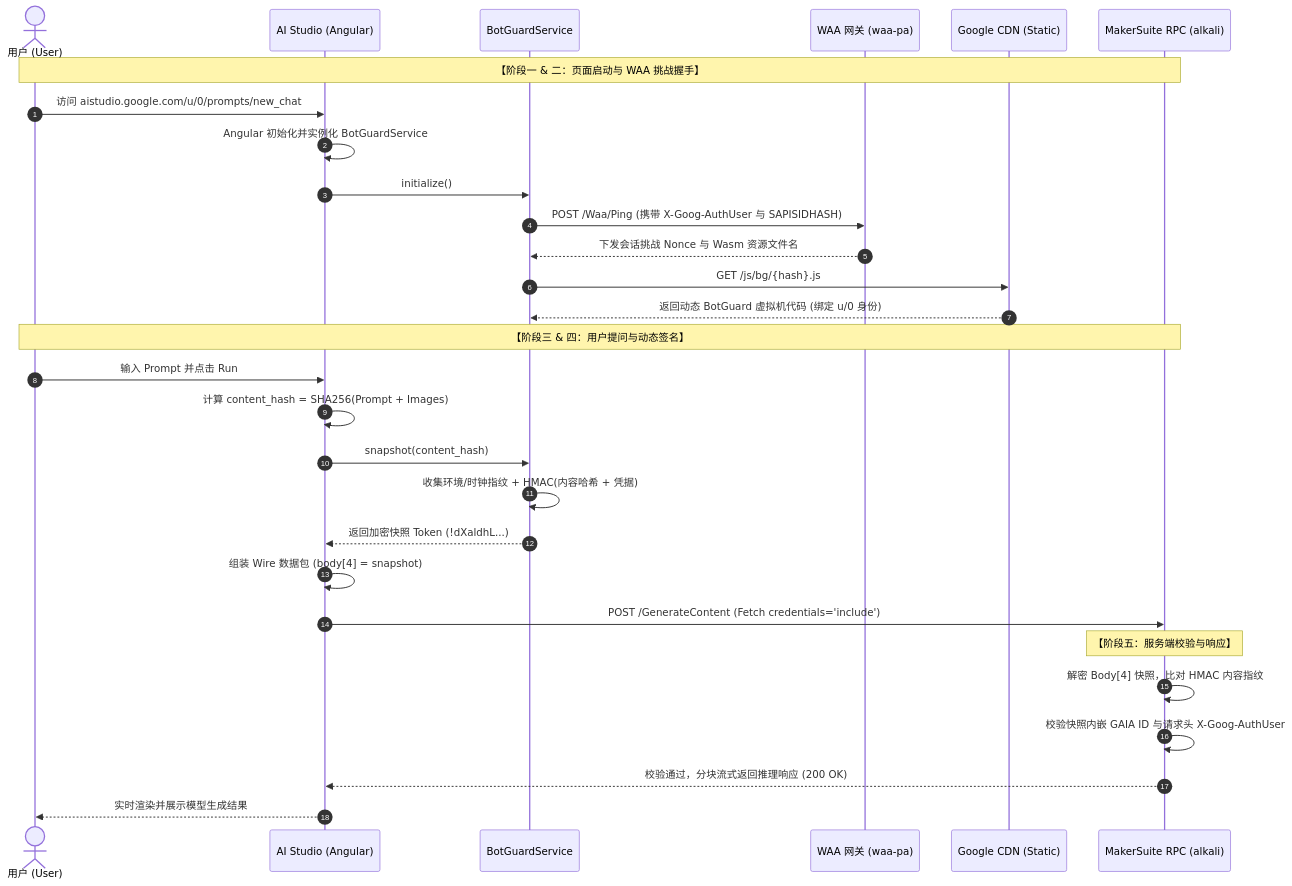
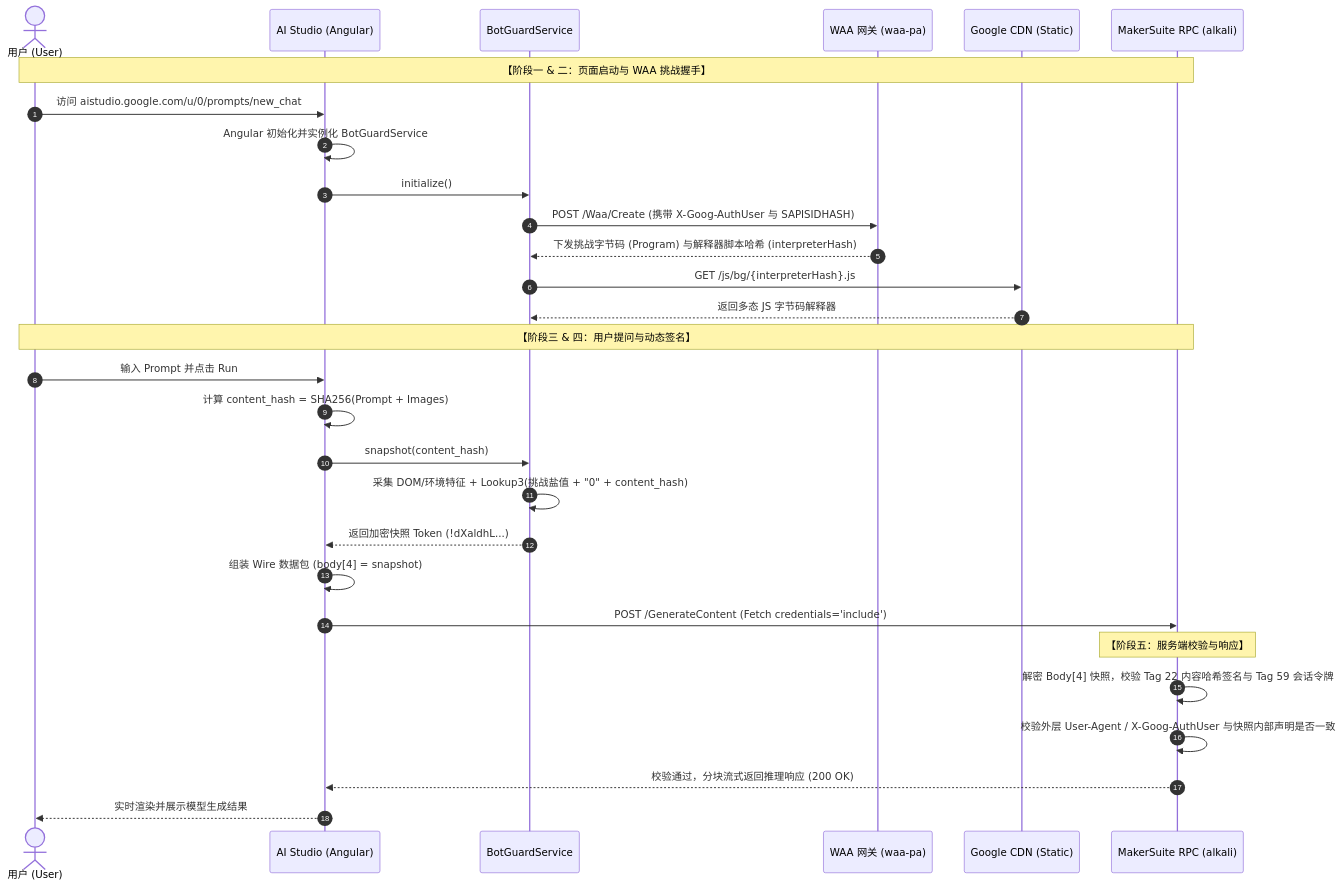
The second of 3 diagrams in docs/BOTGUARD_VERIFICATION_CHAIN.md (DeconstructedCube/aistudio-api), drawn with Mermaid before and after one commit. The commit also changed other lines of this file and 12 other files, not shown here.

Commit message:
feat(waa,gateway): add WAA VM inspector & docs, enhance DOM probes, and fix streaming HTTP 0 error

````diff
--- a/docs/BOTGUARD_VERIFICATION_CHAIN.md
+++ b/docs/BOTGUARD_VERIFICATION_CHAIN.md
@@ -47,33 +47,33 @@
 ```mermaid
 sequenceDiagram
     autonumber
     actor User as 用户 (User)
     participant Browser as AI Studio (Angular)
     participant WaaClient as BotGuardService
     participant WaaServer as WAA 网关 (waa-pa)
     participant StaticCDN as Google CDN (Static)
     participant Gateway as MakerSuite RPC (alkali)
 
     Note over User,Gateway: 【阶段一 & 二：页面启动与 WAA 挑战握手】
     User->>Browser: 访问 aistudio.google.com/u/0/prompts/new_chat
     Browser->>Browser: Angular 初始化并实例化 BotGuardService
     Browser->>WaaClient: initialize()
-    WaaClient->>WaaServer: POST /Waa/Ping (携带 X-Goog-AuthUser 与 SAPISIDHASH)
-    WaaServer-->>WaaClient: 下发会话挑战 Nonce 与 Wasm 资源文件名
-    WaaClient->>StaticCDN: GET /js/bg/{hash}.js
-    StaticCDN-->>WaaClient: 返回动态 BotGuard 虚拟机代码 (绑定 u/0 身份)
+    WaaClient->>WaaServer: POST /Waa/Create (携带 X-Goog-AuthUser 与 SAPISIDHASH)
+    WaaServer-->>WaaClient: 下发挑战字节码 (Program) 与解释器脚本哈希 (interpreterHash)
+    WaaClient->>StaticCDN: GET /js/bg/{interpreterHash}.js
+    StaticCDN-->>WaaClient: 返回多态 JS 字节码解释器
 
     Note over User,Gateway: 【阶段三 & 四：用户提问与动态签名】
     User->>Browser: 输入 Prompt 并点击 Run
     Browser->>Browser: 计算 content_hash = SHA256(Prompt + Images)
     Browser->>WaaClient: snapshot(content_hash)
-    WaaClient->>WaaClient: 收集环境/时钟指纹 + HMAC(内容哈希 + 凭据)
+    WaaClient->>WaaClient: 采集 DOM/环境特征 + Lookup3(挑战盐值 + "0" + content_hash)
     WaaClient-->>Browser: 返回加密快照 Token (!dXaldhL...)
     Browser->>Browser: 组装 Wire 数据包 (body[4] = snapshot)
     Browser->>Gateway: POST /GenerateContent (Fetch credentials='include')
     Note over Gateway: 【阶段五：服务端校验与响应】
-    Gateway->>Gateway: 解密 Body[4] 快照，比对 HMAC 内容指纹
-    Gateway->>Gateway: 校验快照内嵌 GAIA ID 与请求头 X-Goog-AuthUser
+    Gateway->>Gateway: 解密 Body[4] 快照，校验 Tag 22 内容哈希签名与 Tag 59 会话令牌
+    Gateway->>Gateway: 校验外层 User-Agent / X-Goog-AuthUser 与快照内部声明是否一致
     Gateway-->>Browser: 校验通过，分块流式返回推理响应 (200 OK)
     Browser-->>User: 实时渲染并展示模型生成结果
 ```
````
